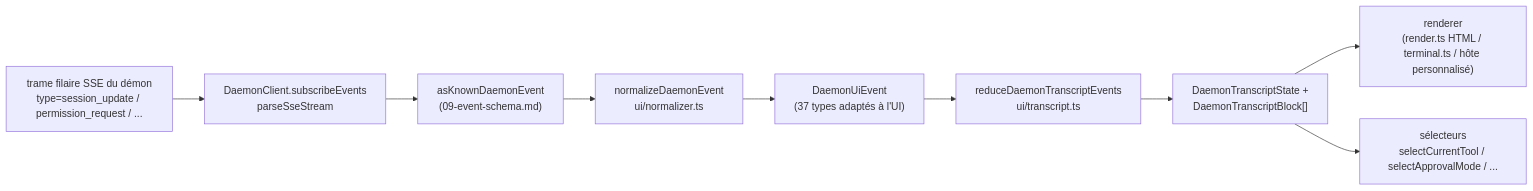
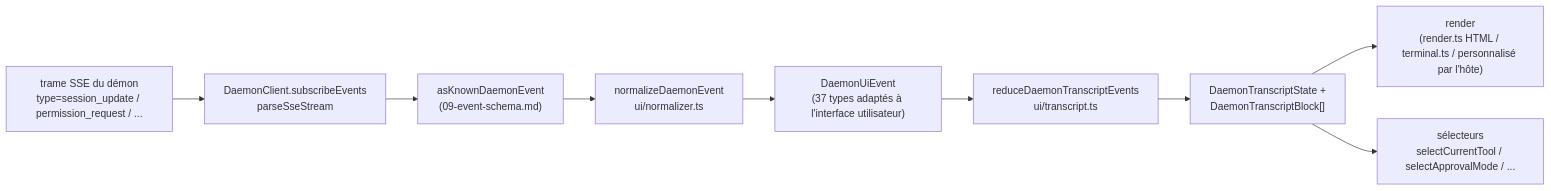
Before and after one commit to QwenLM/qwen-code-docs: the diagram in website/content/fr/developers/daemon/14-cli-tui-adapter.md, drawn with Mermaid. The commit also changed other lines of this file and 1077 other files, not shown here.

````diff
--- a/website/content/fr/developers/daemon/14-cli-tui-adapter.md
+++ b/website/content/fr/developers/daemon/14-cli-tui-adapter.md
@@ -114,12 +114,12 @@
 ```mermaid
 flowchart LR
-    A["trame filaire SSE du démon<br/>type=session_update / permission_request / ..."]
+    A["trame SSE du démon<br/>type=session_update / permission_request / ..."]
     A --> B["DaemonClient.subscribeEvents<br/>parseSseStream"]
     B --> C["asKnownDaemonEvent<br/>(09-event-schema.md)"]
     C --> D["normalizeDaemonEvent<br/>ui/normalizer.ts"]
-    D --> E["DaemonUiEvent<br/>(37 types adaptés à l'UI)"]
+    D --> E["DaemonUiEvent<br/>(37 types adaptés à l'interface utilisateur)"]
     E --> F["reduceDaemonTranscriptEvents<br/>ui/transcript.ts"]
     F --> G["DaemonTranscriptState +<br/>DaemonTranscriptBlock[]"]
-    G --> H["renderer<br/>(render.ts HTML / terminal.ts / hôte personnalisé)"]
+    G --> H["render<br/>(render.ts HTML / terminal.ts / personnalisé par l'hôte)"]
     G --> I["sélecteurs<br/>selectCurrentTool / selectApprovalMode / ..."]
 ```
````
